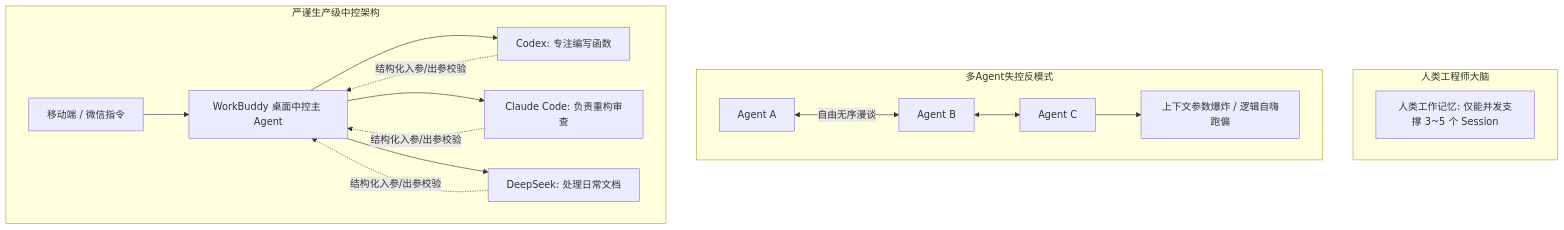
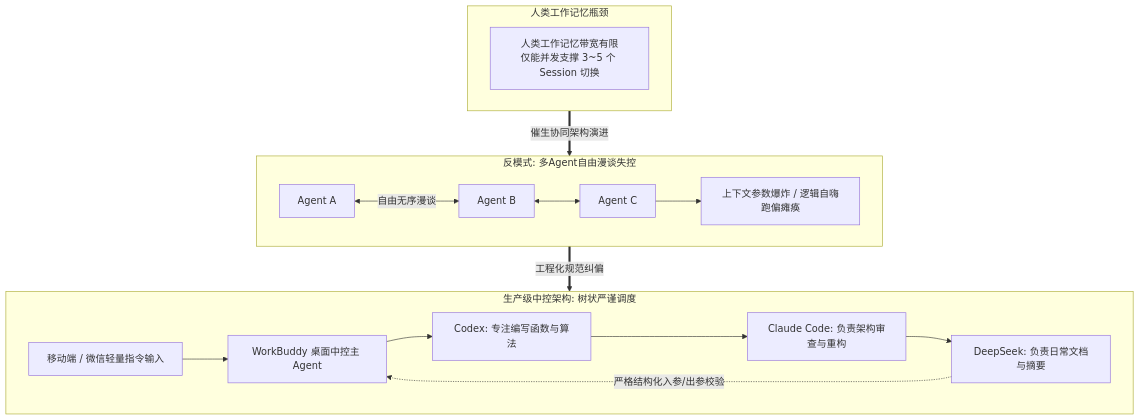
One commit to dollarser/knowledge changed the second of 2 diagrams in content/live-20261102-01.md. Above: the diagram before and after it, drawn with Mermaid. The commit also changed other lines of this file and 10 other files, not shown here.

Commit message:
style: verticalize all mermaid diagrams and add mindmap architecture

````diff
--- a/content/live-20261102-01.md
+++ b/content/live-20261102-01.md
@@ -63,20 +65,23 @@
 ```mermaid
 flowchart TD
-    subgraph 人类工程师大脑
-        Brain[人类工作记忆: 仅能并发支撑 3~5 个 Session]
+    subgraph Human["人类工作记忆瓶颈"]
+        Brain["人类工作记忆带宽有限<br/>仅能并发支撑 3~5 个 Session 切换"]
     end
-    subgraph 多Agent失控反模式
-        A1[Agent A] <-->|自由无序漫谈| A2[Agent B]
-        A2 <--> A3[Agent C]
-        A3 --> Chaos[上下文参数爆炸 / 逻辑自嗨跑偏]
+
+    subgraph ChaosMode["反模式: 多Agent自由漫谈失控"]
+        A1["Agent A"] <-->|自由无序漫谈| A2["Agent B"]
+        A2 <--> A3["Agent C"]
+        A3 --> Chaos["上下文参数爆炸 / 逻辑自嗨跑偏瘫痪"]
     end
-    subgraph 严谨生产级中控架构
-        Mobile[移动端 / 微信指令] --> Master[WorkBuddy 桌面中控主 Agent]
-        Master --> Sub1[Codex: 专注编写函数]
-        Master --> Sub2[Claude Code: 负责重构审查]
-        Master --> Sub3[DeepSeek: 处理日常文档]
-        Sub1 -.->|结构化入参/出参校验| Master
-        Sub2 -.->|结构化入参/出参校验| Master
-        Sub3 -.->|结构化入参/出参校验| Master
+
+    subgraph CentralMode["生产级中控架构: 树状严谨调度"]
+        Mobile["移动端 / 微信轻量指令输入"] --> Master["WorkBuddy 桌面中控主 Agent"]
+        Master --> Sub1["Codex: 专注编写函数与算法"]
+        Sub1 --> Sub2["Claude Code: 负责架构审查与重构"]
+        Sub2 --> Sub3["DeepSeek: 负责日常文档与摘要"]
+        Sub3 -.->|严格结构化入参/出参校验| Master
     end
+
+    Human ==>|催生协同架构演进| ChaosMode
+    ChaosMode ==>|工程化规范纠偏| CentralMode
 ```
````
